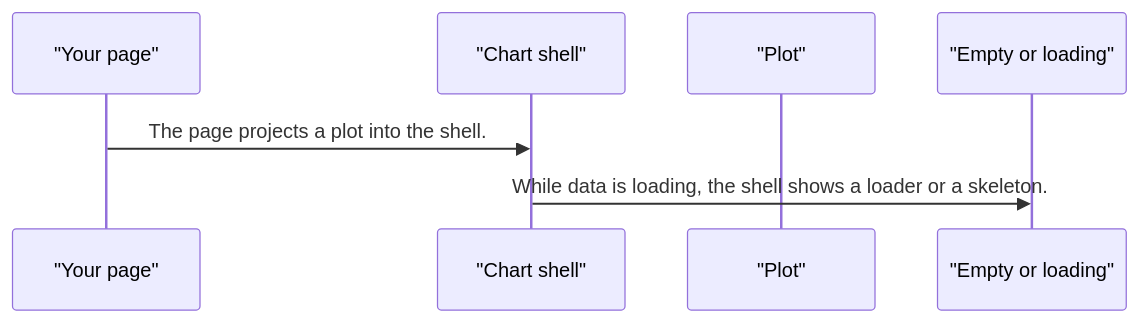
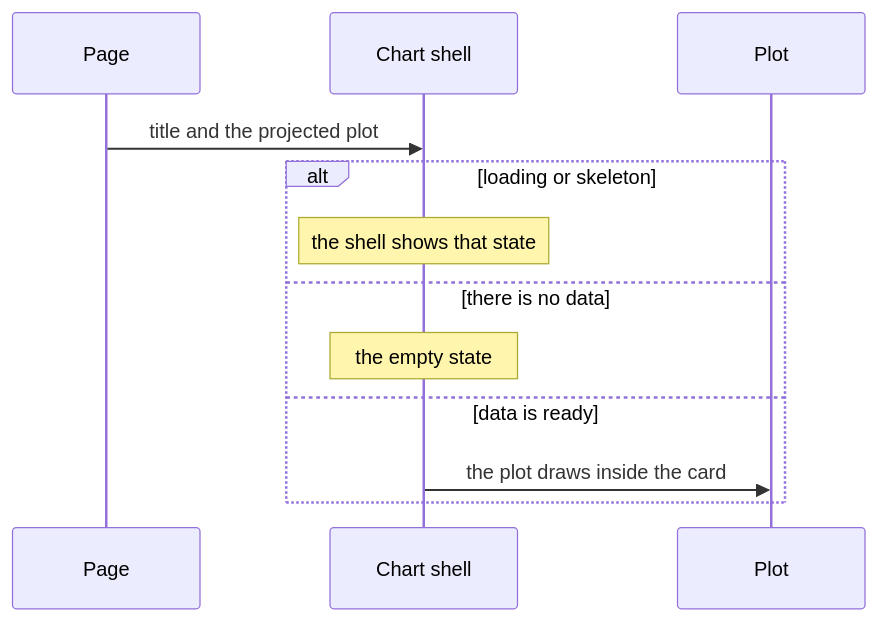
The second of 4 diagrams in projects/pixel-ui/src/lib/pixel-chart-shell/DESIGN.md (RajshekharBorate/pixel-ui), drawn with Mermaid before and after one commit. The commit also changed other lines of this file and 73 other files, not shown here.

Commit message:
Explain who owns each value and what each flow does in every component and service design.

````diff
--- a/projects/pixel-ui/src/lib/pixel-chart-shell/DESIGN.md
+++ b/projects/pixel-ui/src/lib/pixel-chart-shell/DESIGN.md
@@ -56,9 +69,14 @@
 ```mermaid
 sequenceDiagram
-  participant page as "Your page"
-  participant shell as "Chart shell"
-  participant plot as "Plot"
-  participant state as "Empty or loading"
-  page->>shell: The page projects a plot into the shell.
-  shell->>state: While data is loading, the shell shows a loader or a skeleton.
+  participant Page
+  participant Shell as Chart shell
+  participant Plot
+  Page->>Shell: title and the projected plot
+  alt loading or skeleton
+    Note over Shell: the shell shows that state
+  else there is no data
+    Note over Shell: the empty state
+  else data is ready
+    Shell->>Plot: the plot draws inside the card
+  end
 ```
````
